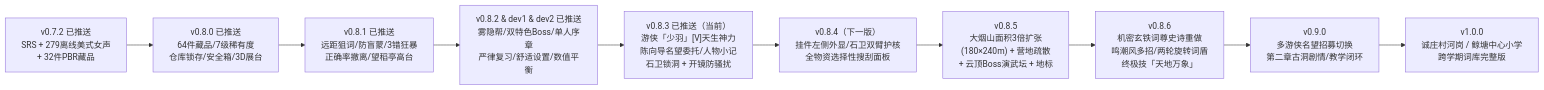
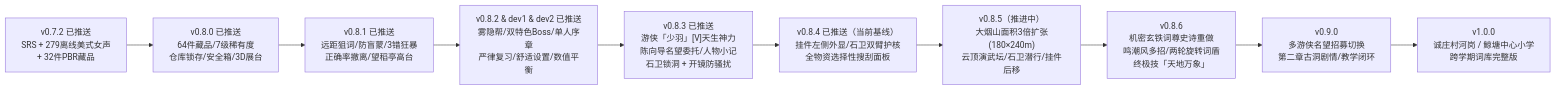
Before and after one commit to dingzhw/yanshan_force: the diagram in docs/游戏发展路线图.md, drawn with Mermaid. The commit also changed other lines of this file and 39 other files, not shown here.

````diff
--- a/docs/游戏发展路线图.md
+++ b/docs/游戏发展路线图.md
@@ -10,15 +10,15 @@
 ```mermaid
 flowchart LR
     V072["v0.7.2 已推送<br/>SRS + 279离线美式女声<br/>+ 32件PBR藏品"]
     V080["v0.8.0 已推送<br/>64件藏品/7级稀有度<br/>仓库锁存/安全箱/3D展台"]
     V081["v0.8.1 已推送<br/>远距狙词/防盲蒙/3错狂暴<br/>正确率撤离/望稻亭高台"]
     V082["v0.8.2 & dev1 & dev2 已推送<br/>雾隐帮/双特色Boss/单人序章<br/>严律复习/舒适设置/数值平衡"]
-    V083["v0.8.3 已推送（当前）<br/>游侠「少羽」[V]天生神力<br/>陈向导名望委托/人物小记<br/>石卫锁洞 + 开镜防骚扰"]
-    V084["v0.8.4（下一版）<br/>挂件左侧外显/石卫双臂护核<br/>全物资选择性搜刮面板"]
-    V085["v0.8.5<br/>大烟山面积3倍扩张<br/>(180×240m) + 营地疏散<br/>+ 云顶Boss演武坛 + 地标"]
+    V083["v0.8.3 已推送<br/>游侠「少羽」[V]天生神力<br/>陈向导名望委托/人物小记<br/>石卫锁洞 + 开镜防骚扰"]
+    V084["v0.8.4 已推送（当前基线）<br/>挂件左侧外显/石卫双臂护核<br/>全物资选择性搜刮面板"]
+    V085["v0.8.5（推进中）<br/>大烟山面积3倍扩张(180×240m)<br/>云顶演武坛/石卫潜行/挂件后移"]
     V086["v0.8.6<br/>机密玄铁词尊史诗重做<br/>鸣潮风多招/两轮旋转词盾<br/>终极技「天地万象」"]
     V090["v0.9.0<br/>多游侠名望招募切换<br/>第二章古洞剧情/教学闭环"]
     V100["v1.0.0<br/>诚庄村河岗 / 鲸塘中心小学<br/>跨学期词库完整版"]
 
     V072 --> V080 --> V081 --> V082 --> V083 --> V084 --> V085 --> V086 --> V090 --> V100
 ```
````
